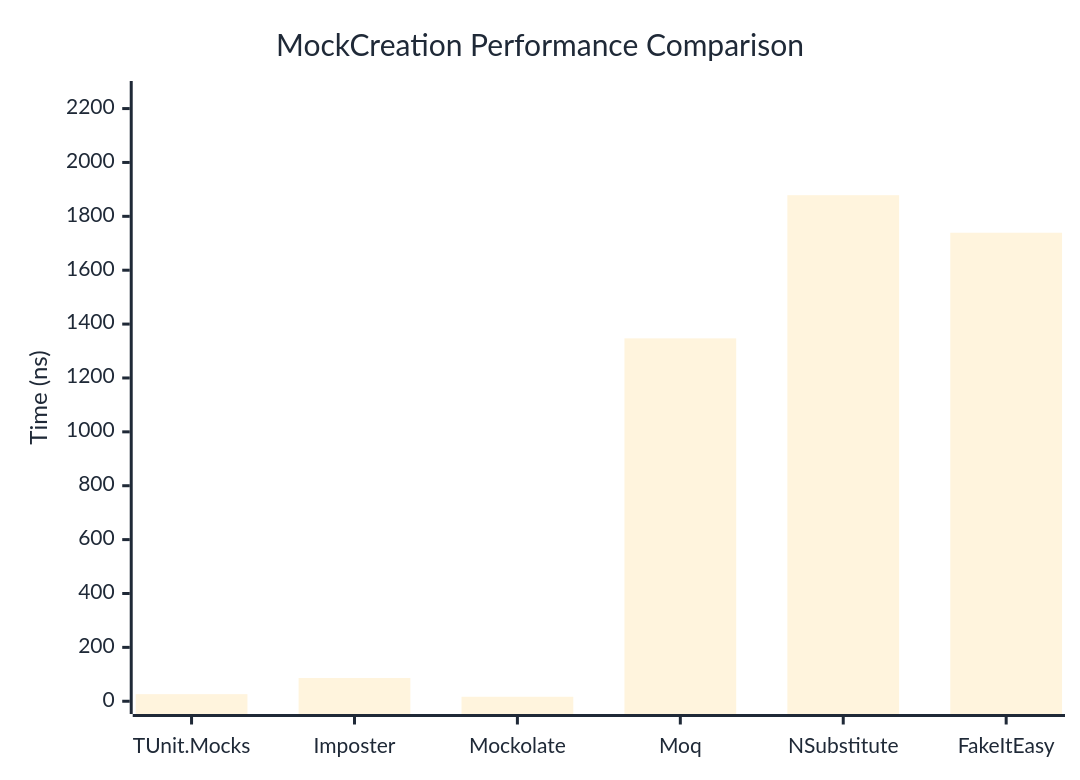
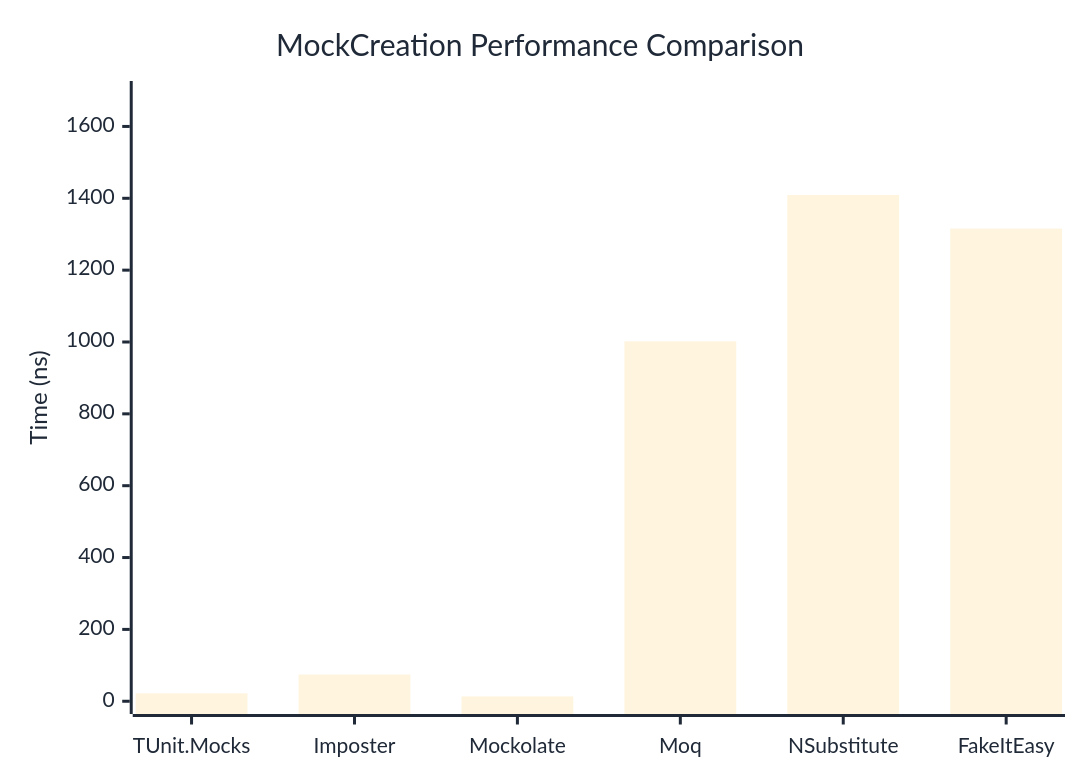
The first of 2 diagrams in docs/docs/benchmarks/mocks/MockCreation.md (thomhurst/TUnit), drawn with Mermaid before and after one commit. The commit also changed other lines of this file and 14 other files, not shown here.

````diff
--- a/docs/docs/benchmarks/mocks/MockCreation.md
+++ b/docs/docs/benchmarks/mocks/MockCreation.md
@@ -30,27 +30,27 @@
 ```mermaid
 %%{init: {
   'theme':'base',
   'themeVariables': {
     'primaryColor': '#2563eb',
     'primaryTextColor': '#1f2937',
     'primaryBorderColor': '#1e40af',
     'lineColor': '#6b7280',
     'secondaryColor': '#7c3aed',
     'tertiaryColor': '#dc2626',
     'background': '#ffffff',
     'pie1': '#2563eb',
     'pie2': '#7c3aed',
     'pie3': '#dc2626',
     'pie4': '#f59e0b',
     'pie5': '#10b981',
     'pie6': '#06b6d4',
     'pie7': '#ec4899',
     'pie8': '#6366f1'
   }
 }}%%
 xychart-beta
   title "MockCreation Performance Comparison"
   x-axis ["TUnit.Mocks", "Imposter", "Mockolate", "Moq", "NSubstitute", "FakeItEasy"]
-  y-axis "Time (ns)" 0 --> 2255
-  bar [26.29, 86.33, 16.62, 1346.99, 1878.51, 1739.06]
+  y-axis "Time (ns)" 0 --> 1691
+  bar [22.14, 74.33, 13.34, 1001.91, 1409.14, 1315.68]
 ```
````
